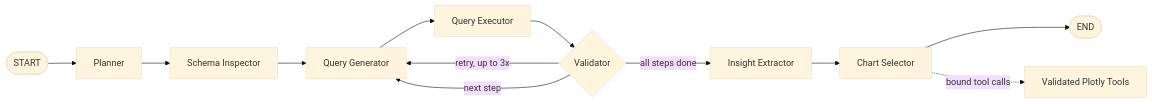
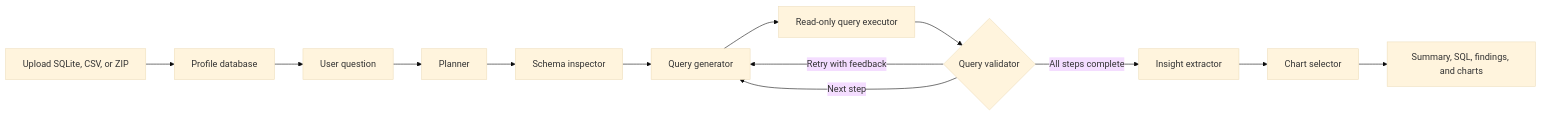
One commit to priyanshudeora/data-analysis-agent changed the diagram in README.md. Above: the diagram before and after it, drawn with Mermaid (base theme). The commit also changed other lines of this file, not shown here.

Commit message:
Rewrite README for current architecture

````diff
--- a/README.md
+++ b/README.md
@@ -25,9 +23,15 @@
 ```mermaid
 flowchart LR
-  A([START]) --> P[Planner] --> S[Schema Inspector] --> G[Query Generator]
-  G --> E[Query Executor] --> V{Validator}
-  V -- retry, up to 3x --> G
-  V -- next step --> G
-  V -- all steps done --> I[Insight Extractor] --> C[Chart Selector] --> Z([END])
-  C -. bound tool calls .-> T[Validated Plotly Tools]
+    U[Upload SQLite, CSV, or ZIP] --> P[Profile database]
+    P --> Q[User question]
+    Q --> A[Planner]
+    A --> S[Schema inspector]
+    S --> G[Query generator]
+    G --> E[Read-only query executor]
+    E --> V{Query validator}
+    V -->|Retry with feedback| G
+    V -->|Next step| G
+    V -->|All steps complete| I[Insight extractor]
+    I --> C[Chart selector]
+    C --> R[Summary, SQL, findings, and charts]
 ```
````
